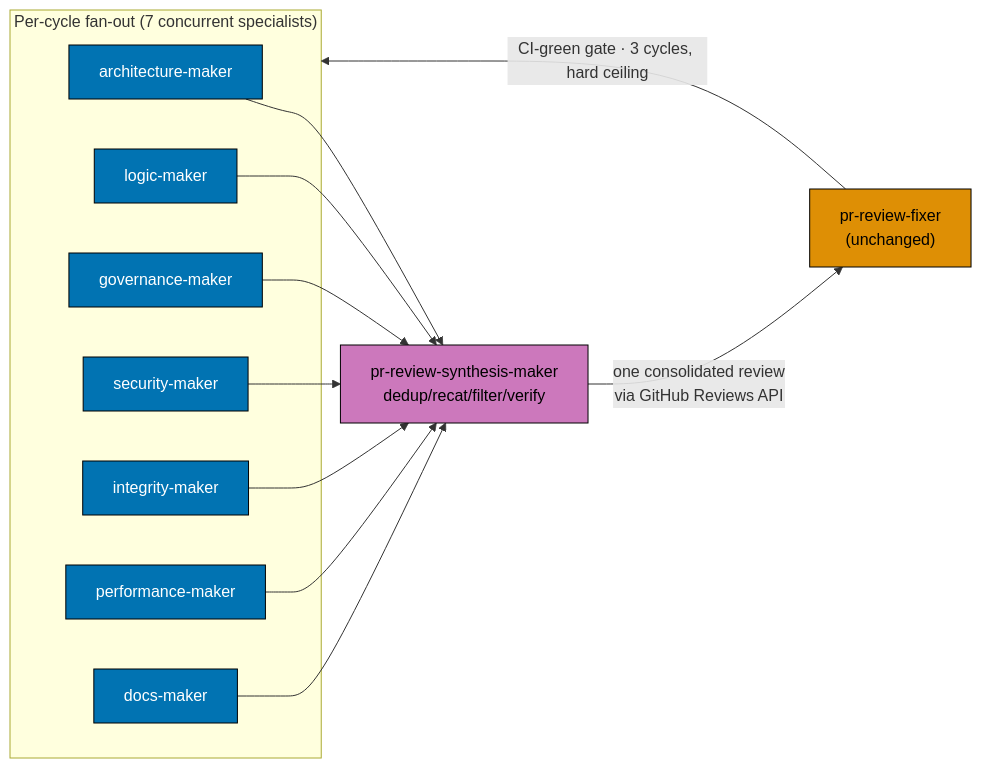
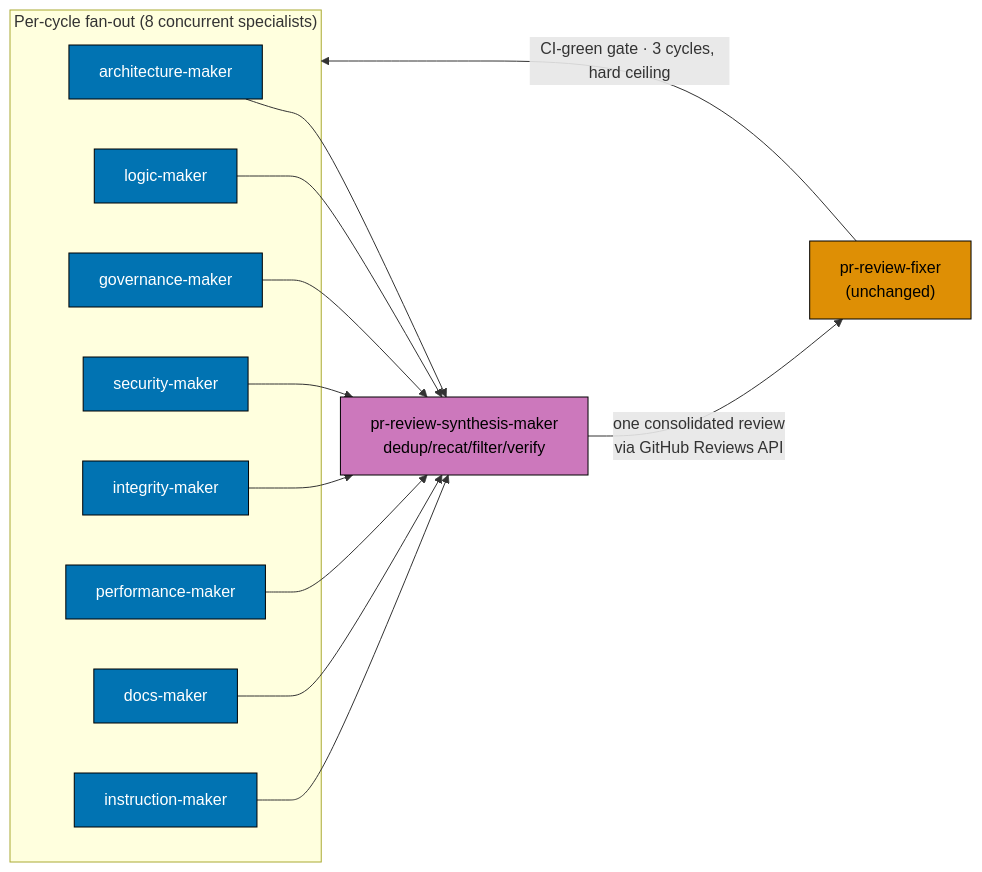
One commit to wahidyankf/baseerah changed the third of 6 diagrams in plans/backlog/worktree-to-pr-hardening/tech-docs.md. Above: the diagram before and after it, drawn with Mermaid. The commit also changed other lines of this file and 4 other files, not shown here.

````diff
--- a/plans/backlog/worktree-to-pr-hardening/tech-docs.md
+++ b/plans/backlog/worktree-to-pr-hardening/tech-docs.md
@@ -83,26 +126,28 @@
 ```mermaid
 %% Color palette: Blue #0173B2 (specialists), Purple #CC78BC (coordinator), Yellow #DE8F05 (fixer)
 flowchart LR
-  subgraph FANOUT["Per-cycle fan-out (7 concurrent specialists)"]
+  subgraph FANOUT["Per-cycle fan-out (8 concurrent specialists)"]
     A["architecture-maker"]:::blue
     L["logic-maker"]:::blue
     G["governance-maker"]:::blue
     S["security-maker"]:::blue
     I["integrity-maker"]:::blue
     P["performance-maker"]:::blue
     D["docs-maker"]:::blue
+    N["instruction-maker"]:::blue
   end
   A --> C
   L --> C
   G --> C
   S --> C
   I --> C
   P --> C
+  N --> C
   D --> C["pr-review-synthesis-maker<br/>dedup/recat/filter/verify"]:::purple
   C -->|"one consolidated review<br/>via GitHub Reviews API"| FX["pr-review-fixer<br/>(unchanged)"]:::yellow
   FX -->|"CI-green gate · 3 cycles, hard ceiling"| FANOUT
 
   classDef blue fill:#0173B2,stroke:#000000,color:#FFFFFF
   classDef purple fill:#CC78BC,stroke:#000000,color:#000000
   classDef yellow fill:#DE8F05,stroke:#000000,color:#000000
 ```
````
